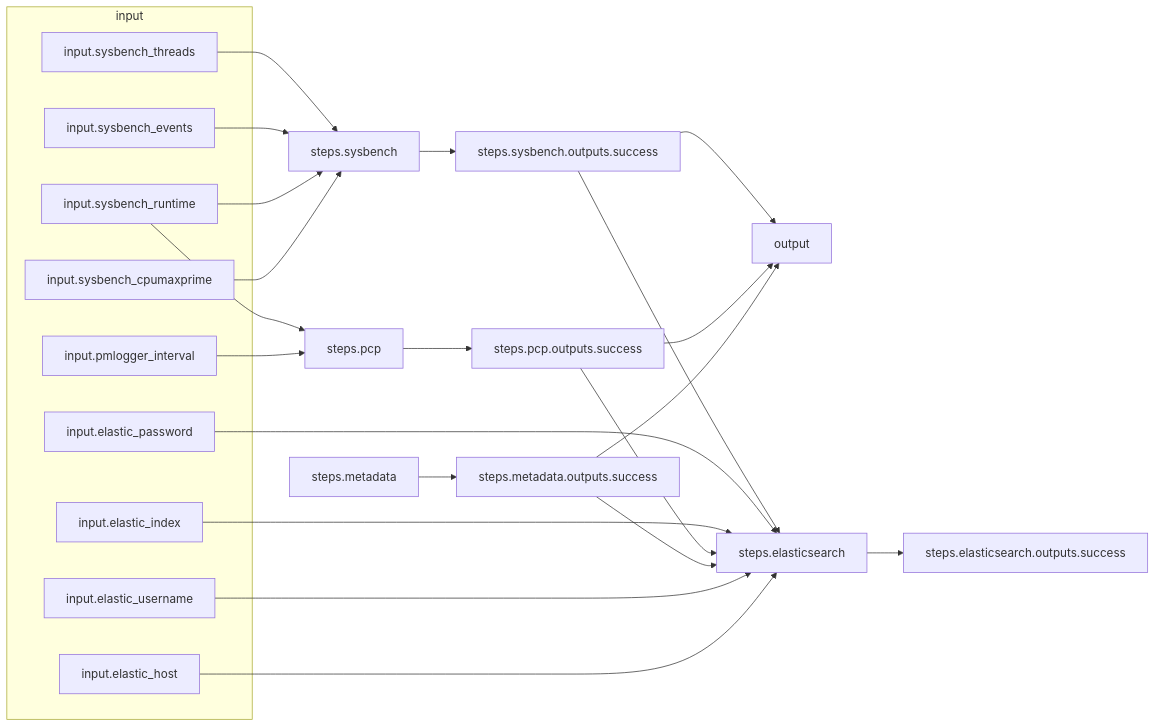
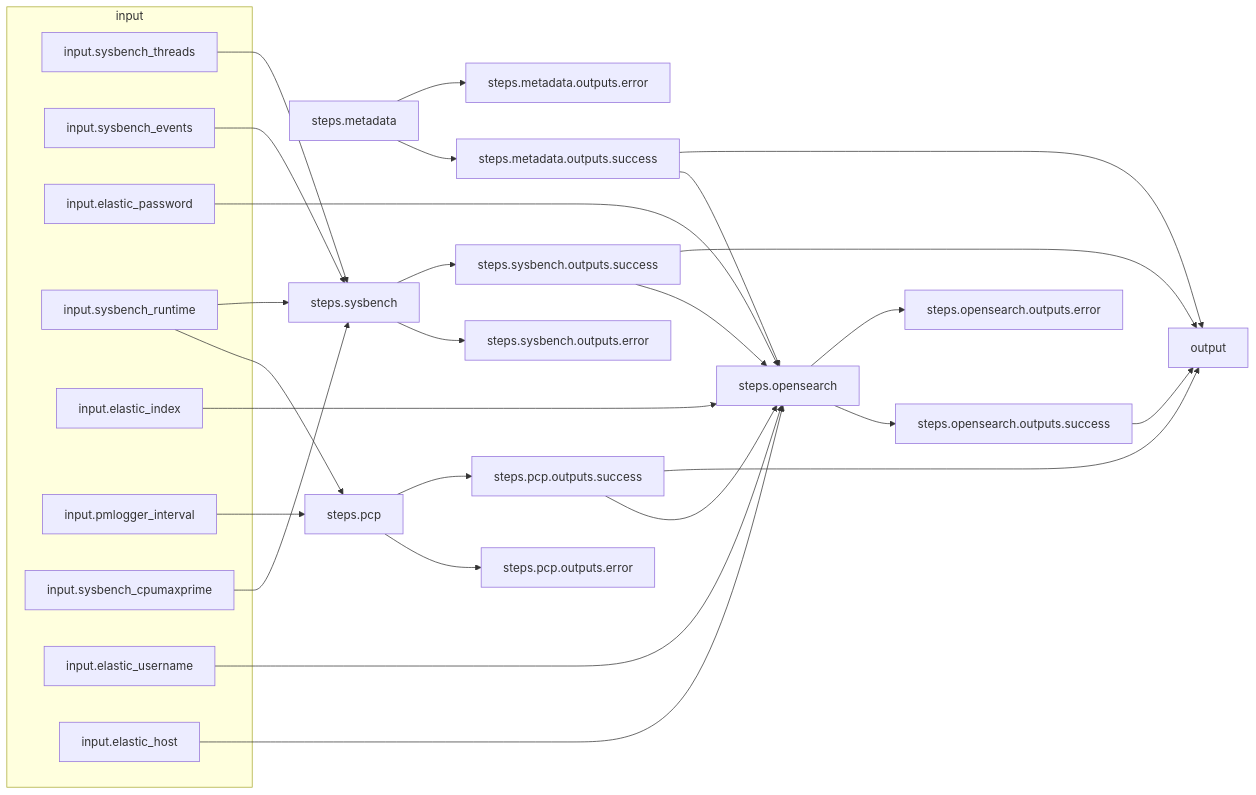
Before and after one commit to arcalot/arcalot.github.io: the third of 3 diagrams in docs/arcaflow/getting-started.md, drawn with Mermaid. The commit also changed other lines of this file, not shown here.

````diff
--- a/docs/arcaflow/getting-started.md
+++ b/docs/arcaflow/getting-started.md
@@ -42,34 +42,39 @@
 ```mermaid
 flowchart LR
 subgraph input
 input.sysbench_threads
 input.sysbench_events
 input.elastic_password
 input.sysbench_runtime
 input.elastic_index
 input.pmlogger_interval
 input.sysbench_cpumaxprime
 input.elastic_username
 input.elastic_host
 end
-input.sysbench_threads-->steps.sysbench
-steps.sysbench-->steps.sysbench.outputs.success
 steps.metadata-->steps.metadata.outputs.success
+steps.metadata-->steps.metadata.outputs.error
+input.elastic_password-->steps.opensearch
+steps.opensearch.outputs.success-->output
+steps.pcp.outputs.success-->steps.opensearch
+steps.pcp.outputs.success-->output
+input.pmlogger_interval-->steps.pcp
+steps.sysbench.outputs.success-->steps.opensearch
 steps.sysbench.outputs.success-->output
-steps.sysbench.outputs.success-->steps.elasticsearch
-input.sysbench_events-->steps.sysbench
-input.elastic_password-->steps.elasticsearch
+steps.metadata.outputs.success-->steps.opensearch
+steps.metadata.outputs.success-->output
+input.elastic_index-->steps.opensearch
 input.sysbench_runtime-->steps.pcp
 input.sysbench_runtime-->steps.sysbench
-input.elastic_index-->steps.elasticsearch
-input.pmlogger_interval-->steps.pcp
-steps.pcp.outputs.success-->steps.elasticsearch
-steps.pcp.outputs.success-->output
+input.elastic_host-->steps.opensearch
+input.elastic_username-->steps.opensearch
+input.sysbench_events-->steps.sysbench
+input.sysbench_cpumaxprime-->steps.sysbench
+steps.opensearch-->steps.opensearch.outputs.success
+steps.opensearch-->steps.opensearch.outputs.error
+input.sysbench_threads-->steps.sysbench
+steps.pcp-->steps.pcp.outputs.error
 steps.pcp-->steps.pcp.outputs.success
-steps.metadata.outputs.success-->steps.elasticsearch
-steps.metadata.outputs.success-->output
-input.sysbench_cpumaxprime-->steps.sysbench
-input.elastic_username-->steps.elasticsearch
-input.elastic_host-->steps.elasticsearch
-steps.elasticsearch-->steps.elasticsearch.outputs.success
+steps.sysbench-->steps.sysbench.outputs.error
+steps.sysbench-->steps.sysbench.outputs.success
 ```
````
